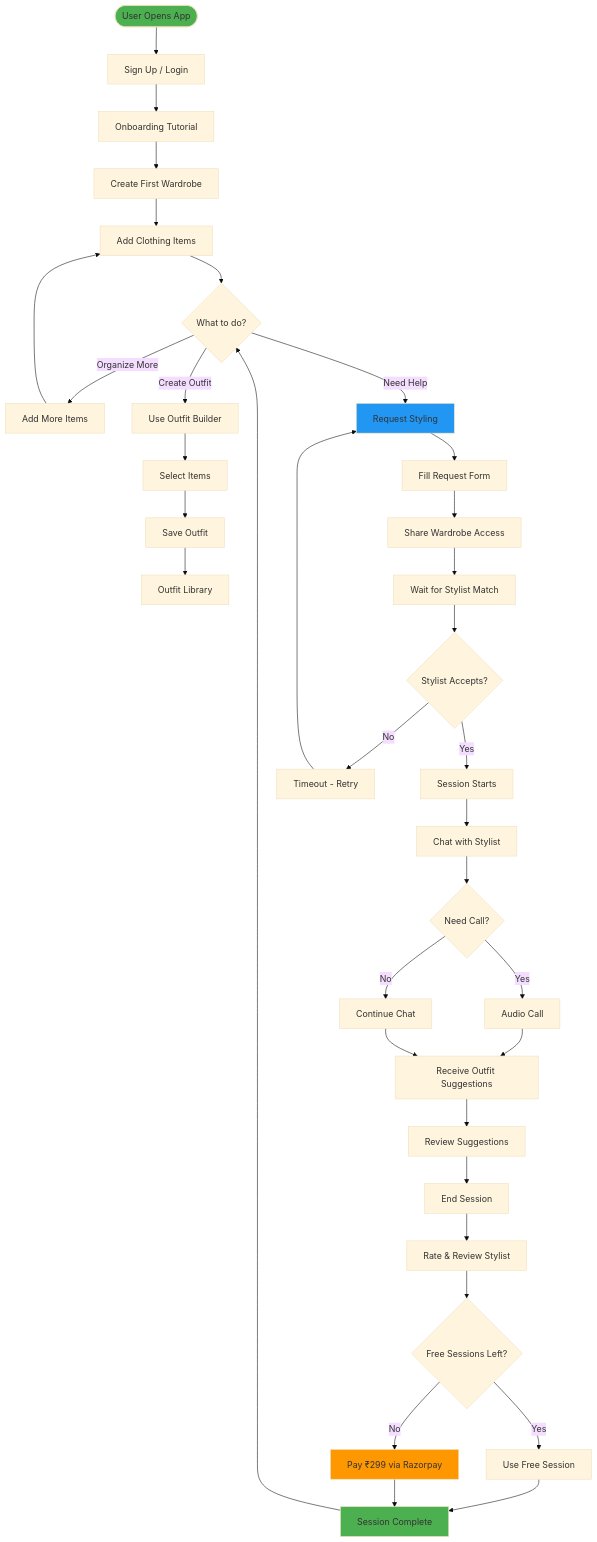
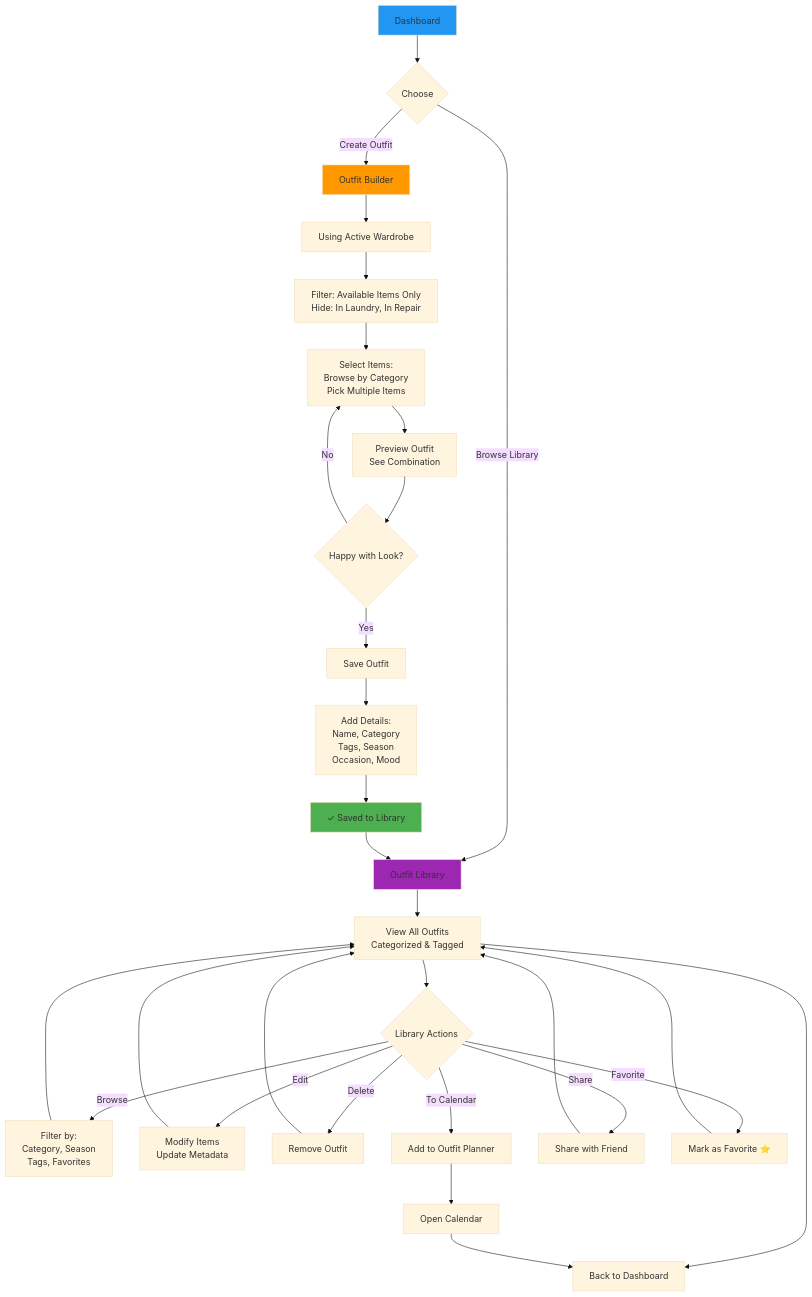
Before and after one commit to hrshkshri/my-wardrobe: the fourth of 13 diagrams in docs/DIAGRAMS.md, drawn with Mermaid (base theme). The commit also changed other lines of this file, not shown here.

First line of the commit message:
Docs: Update all documentation with organized user flows

````diff
--- a/docs/DIAGRAMS.md
+++ b/docs/DIAGRAMS.md
@@ -62,52 +156,52 @@
 ```mermaid
 flowchart TD
-    Start([User Opens App]) --> SignUp[Sign Up / Login]
-    SignUp --> Onboard[Onboarding Tutorial]
-    Onboard --> CreateWard[Create First Wardrobe]
-    CreateWard --> AddItems[Add Clothing Items]
+    Dashboard[Dashboard] --> Choice{Choose}
 
-    AddItems --> Decision1{What to do?}
+    Choice -->|Create Outfit| Builder[Outfit Builder]
+    Choice -->|Browse Library| Library[Outfit Library]
 
-    Decision1 -->|Organize More| AddMore[Add More Items]
-    AddMore --> AddItems
+    Builder --> UseWard[Using Active Wardrobe]
+    UseWard --> FilterItems[Filter: Available Items Only<br/>Hide: In Laundry, In Repair]
 
-    Decision1 -->|Create Outfit| BuildOutfit[Use Outfit Builder]
-    BuildOutfit --> SelectItems[Select Items]
-    SelectItems --> SaveOutfit[Save Outfit]
-    SaveOutfit --> OutfitLib[Outfit Library]
+    FilterItems --> SelectItems[Select Items:<br/>Browse by Category<br/>Pick Multiple Items]
+    SelectItems --> Preview[Preview Outfit<br/>See Combination]
 
-    Decision1 -->|Need Help| RequestStyle[Request Styling]
-    RequestStyle --> FillForm[Fill Request Form]
-    FillForm --> ShareWard[Share Wardrobe Access]
-    ShareWard --> Wait[Wait for Stylist Match]
-    Wait --> Matched{Stylist Accepts?}
+    Preview --> Happy{Happy with Look?}
+    Happy -->|No| SelectItems
+    Happy -->|Yes| SaveOutfit[Save Outfit]
 
-    Matched -->|Yes| StartSession[Session Starts]
-    Matched -->|No| Timeout[Timeout - Retry]
-    Timeout --> RequestStyle
+    SaveOutfit --> AddMeta[Add Details:<br/>Name, Category<br/>Tags, Season<br/>Occasion, Mood]
+    AddMeta --> Saved[✓ Saved to Library]
 
-    StartSession --> Chat[Chat with Stylist]
-    Chat --> Call{Need Call?}
-    Call -->|Yes| AudioCall[Audio Call]
-    Call -->|No| Continue[Continue Chat]
-    AudioCall --> GetSuggestions[Receive Outfit Suggestions]
-    Continue --> GetSuggestions
+    Saved --> Library
 
-    GetSuggestions --> Review[Review Suggestions]
-    Review --> EndSession[End Session]
-    EndSession --> Rate[Rate & Review Stylist]
+    Library --> LibView[View All Outfits<br/>Categorized & Tagged]
 
-    Rate --> Payment{Free Sessions Left?}
-    Payment -->|Yes| Free[Use Free Session]
-    Payment -->|No| Pay[Pay ₹299 via Razorpay]
+    LibView --> LibActions{Library Actions}
 
-    Free --> Done[Session Complete]
-    Pay --> Done
+    LibActions -->|Browse| FilterLib[Filter by:<br/>Category, Season<br/>Tags, Favorites]
+    FilterLib --> LibView
 
-    Done --> Decision1
+    LibActions -->|Edit| EditOutfit[Modify Items<br/>Update Metadata]
+    EditOutfit --> LibView
 
-    style Start fill:#4CAF50
-    style Done fill:#4CAF50
-    style RequestStyle fill:#2196F3
-    style Pay fill:#FF9800
+    LibActions -->|Delete| DelOutfit[Remove Outfit]
+    DelOutfit --> LibView
+
+    LibActions -->|To Calendar| ToCal[Add to Outfit Planner]
+    ToCal --> Calendar[Open Calendar]
+
+    LibActions -->|Share| ShareOutfit[Share with Friend]
+    ShareOutfit --> LibView
+
+    LibActions -->|Favorite| MarkFav[Mark as Favorite ⭐]
+    MarkFav --> LibView
+
+    LibView --> BackDash[Back to Dashboard]
+    Calendar --> BackDash
+
+    style Dashboard fill:#2196F3
+    style Builder fill:#FF9800
+    style Library fill:#9C27B0
+    style Saved fill:#4CAF50
 ```
````
